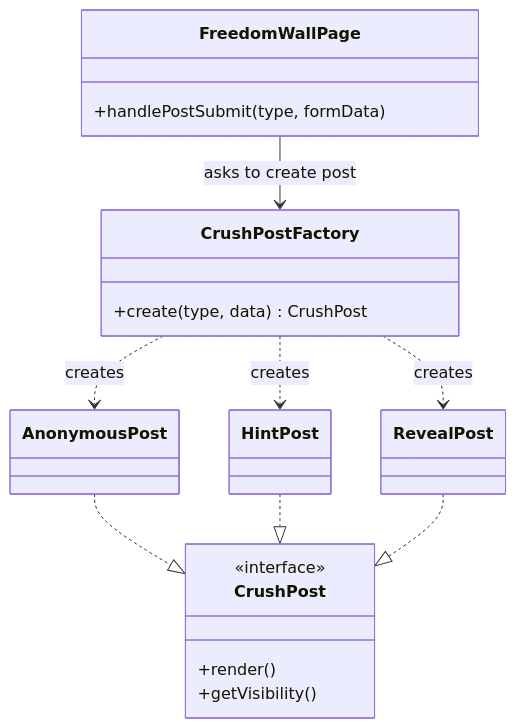
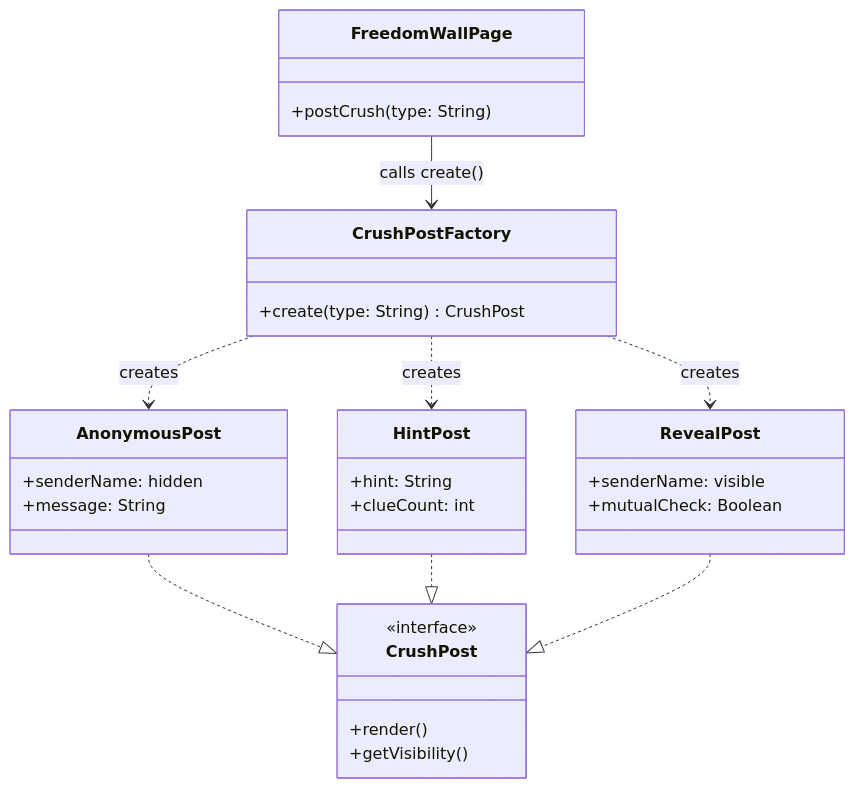
Before and after one commit to InnovaTxch/CMSC129_Activity2_DesignPatterns: the second of 2 diagrams in README.md, drawn with Mermaid. The commit also changed other lines of this file, not shown here.

````diff
--- a/README.md
+++ b/README.md
@@ -48,29 +62,33 @@
 ```mermaid
 classDiagram
+    class FreedomWallPage {
+        +postCrush(type: String)
+    }
+    class CrushPostFactory {
+        +create(type: String) CrushPost
+    }
     class CrushPost {
         <<interface>>
         +render()
         +getVisibility()
     }
-
-    class AnonymousPost
-    class HintPost
-    class RevealPost
-
-    class CrushPostFactory {
-        +create(type, data) CrushPost
+    class AnonymousPost {
+        +senderName: hidden
+        +message: String
     }
-
-    class FreedomWallPage {
-        +handlePostSubmit(type, formData)
+    class HintPost {
+        +hint: String
+        +clueCount: int
     }
-
+    class RevealPost {
+        +senderName: visible
+        +mutualCheck: Boolean
+    }
+    FreedomWallPage --> CrushPostFactory : calls create()
+    CrushPostFactory ..> AnonymousPost : creates
+    CrushPostFactory ..> HintPost : creates
+    CrushPostFactory ..> RevealPost : creates
     AnonymousPost ..|> CrushPost
     HintPost ..|> CrushPost
     RevealPost ..|> CrushPost
-
-    FreedomWallPage --> CrushPostFactory : asks to create post
-    CrushPostFactory ..> AnonymousPost : creates
-    CrushPostFactory ..> HintPost : creates
-    CrushPostFactory ..> RevealPost : creates
 ```
````
